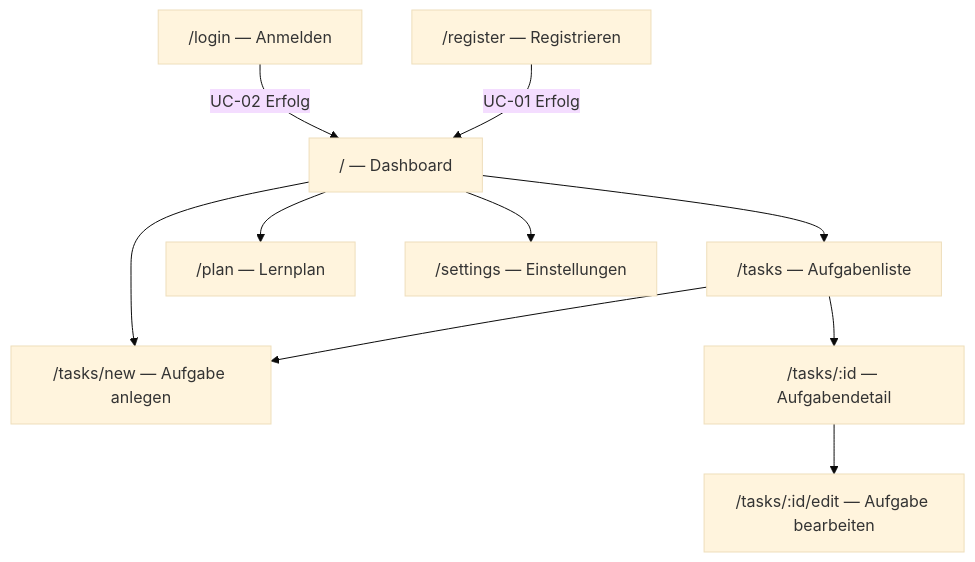
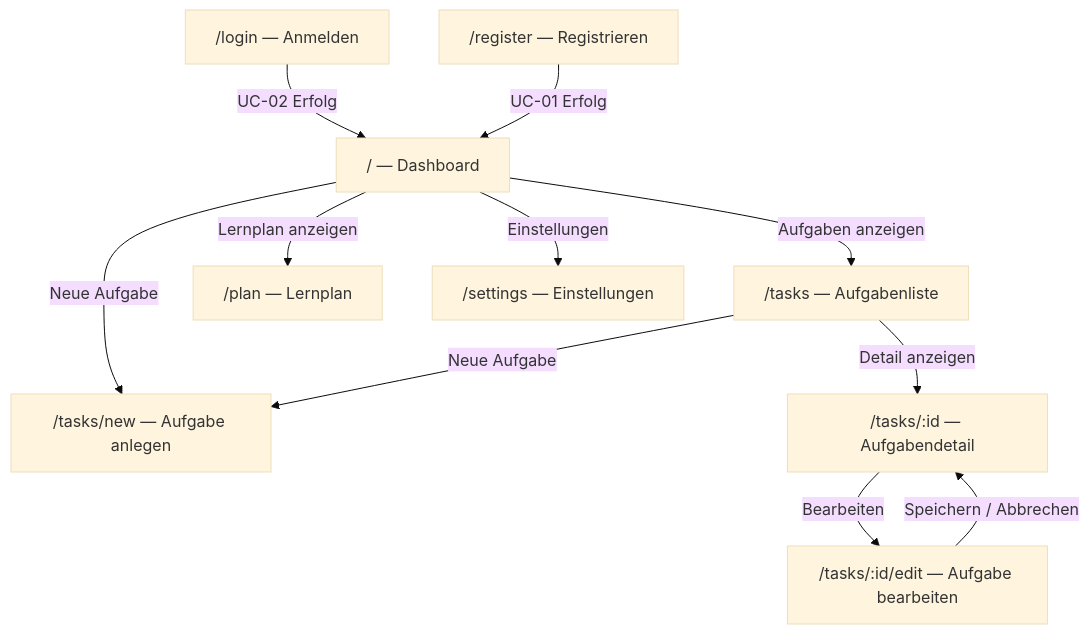
One commit to nura203/wk1106-wirtschaftsinformatik-projekt-1 changed the diagram in spec/B1-dialogspezifikation.md. Above: the diagram before and after it, drawn with Mermaid (base theme).

Commit message:
docs(spec): add edge labels to B1 navigation diagram

````diff
--- a/spec/B1-dialogspezifikation.md
+++ b/spec/B1-dialogspezifikation.md
@@ -9,22 +9,23 @@
 ```mermaid
 graph TD
     Login["/login — Anmelden"]
     Register["/register — Registrieren"]
     Dashboard["/ — Dashboard"]
     Tasks["/tasks — Aufgabenliste"]
     TaskNew["/tasks/new — Aufgabe anlegen"]
     TaskDetail["/tasks/:id — Aufgabendetail"]
     TaskEdit["/tasks/:id/edit — Aufgabe bearbeiten"]
     Plan["/plan — Lernplan"]
     Settings["/settings — Einstellungen"]
 
     Login -->|UC-02 Erfolg| Dashboard
     Register -->|UC-01 Erfolg| Dashboard
-    Dashboard --> Tasks
-    Dashboard --> Plan
-    Dashboard --> TaskNew
-    Tasks --> TaskDetail
-    Tasks --> TaskNew
-    TaskDetail --> TaskEdit
-    Dashboard --> Settings
+    Dashboard -->|Aufgaben anzeigen| Tasks
+    Dashboard -->|Lernplan anzeigen| Plan
+    Dashboard -->|Neue Aufgabe| TaskNew
+    Dashboard -->|Einstellungen| Settings
+    Tasks -->|Detail anzeigen| TaskDetail
+    Tasks -->|Neue Aufgabe| TaskNew
+    TaskDetail -->|Bearbeiten| TaskEdit
+    TaskEdit -->|Speichern / Abbrechen| TaskDetail
 ```
````
